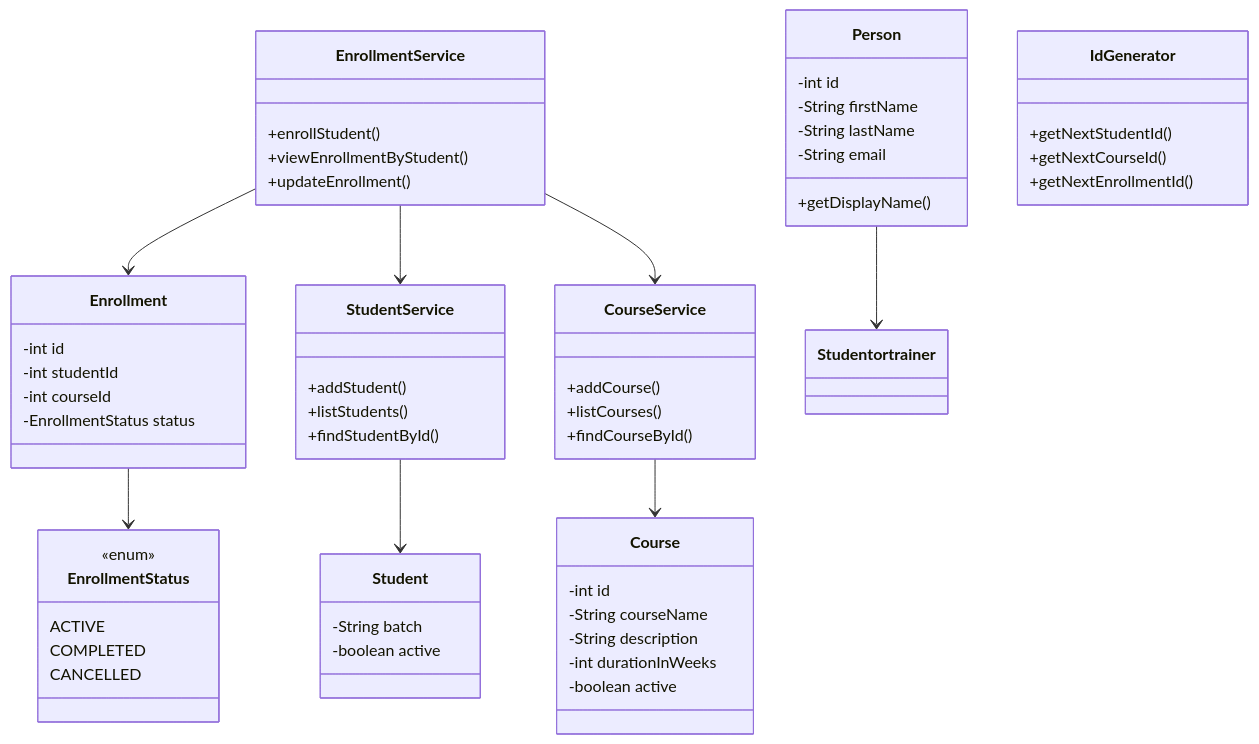
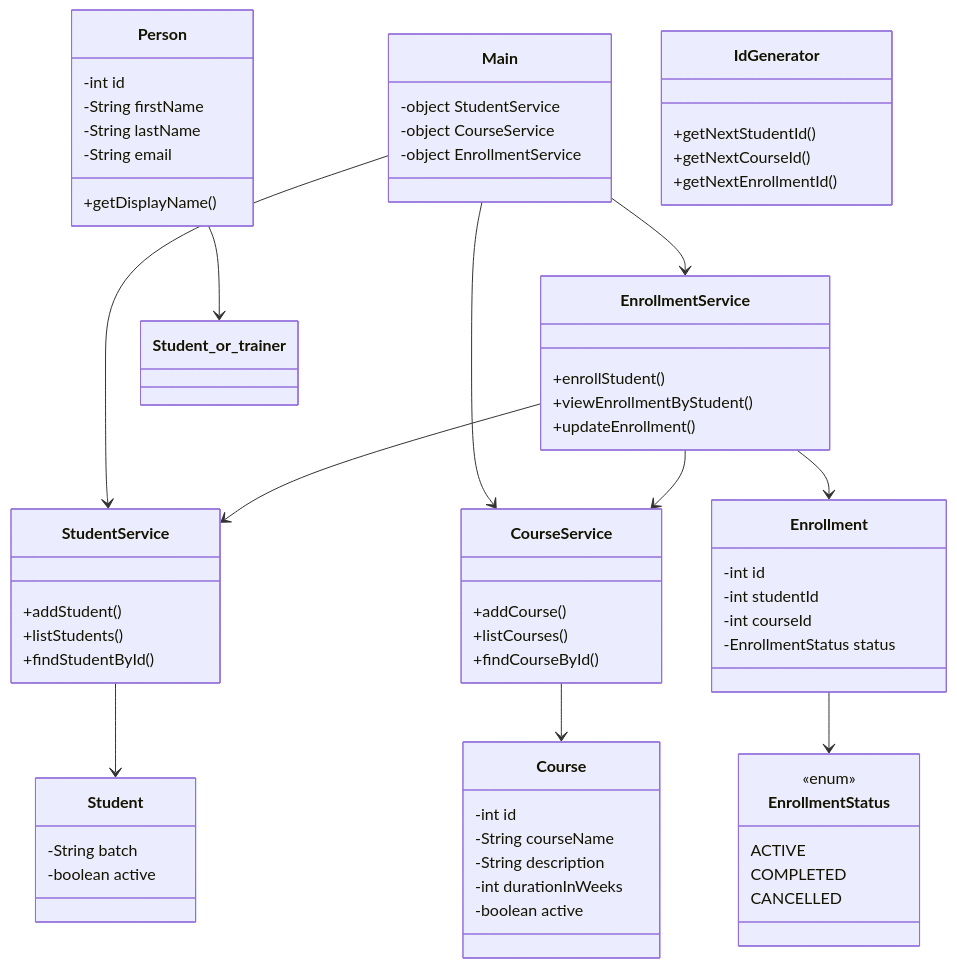
The diagram in README.md (lokesh95SDE/Student-Course-Management-System), drawn with Mermaid before and after one commit.

Commit message:
Student Course Management System (Implementation completed)

````diff
--- a/README.md
+++ b/README.md
@@ -60,70 +60,79 @@
 ```mermaid
 classDiagram
 
+class Main{
+    -object StudentService
+    -object CourseService
+    -object EnrollmentService
+ }
+ 
 class Person {
   -int id
   -String firstName
   -String lastName
   -String email
   +getDisplayName()
 }
 
 class Student {
   -String batch
   -boolean active
 }
 
 class Course {
   -int id
   -String courseName
   -String description
   -int durationInWeeks
   -boolean active
 }
 
 class Enrollment {
   -int id
   -int studentId
   -int courseId
   -EnrollmentStatus status
 }
 
 class StudentService {
   +addStudent()
   +listStudents()
   +findStudentById()
 }
 
 class CourseService {
   +addCourse()
   +listCourses()
   +findCourseById()
 }
 
 class EnrollmentService {
   +enrollStudent()
   +viewEnrollmentByStudent()
   +updateEnrollment()
 }
 
 class IdGenerator {
   +getNextStudentId()
   +getNextCourseId()
   +getNextEnrollmentId()
 }
 
 class EnrollmentStatus {
   <<enum>>
   ACTIVE
   COMPLETED
   CANCELLED
 }
 
-Person --> Student or trainer
+Main -->StudentService
+Main -->CourseService
+Main -->EnrollmentService
+Person --> Student_or_trainer
 StudentService --> Student
 CourseService --> Course
 EnrollmentService --> Enrollment
 EnrollmentService --> StudentService
 EnrollmentService --> CourseService
 Enrollment --> EnrollmentStatus
 ```
````
